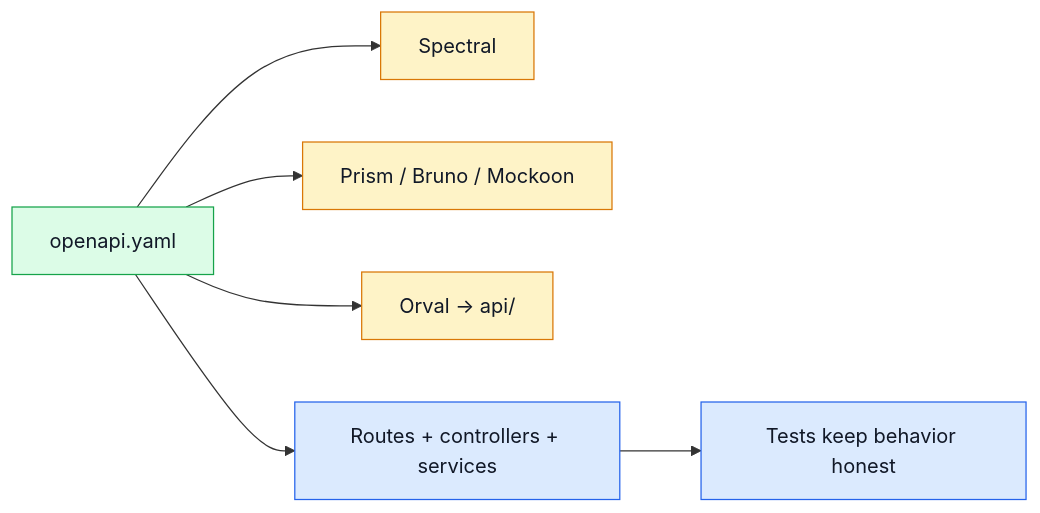
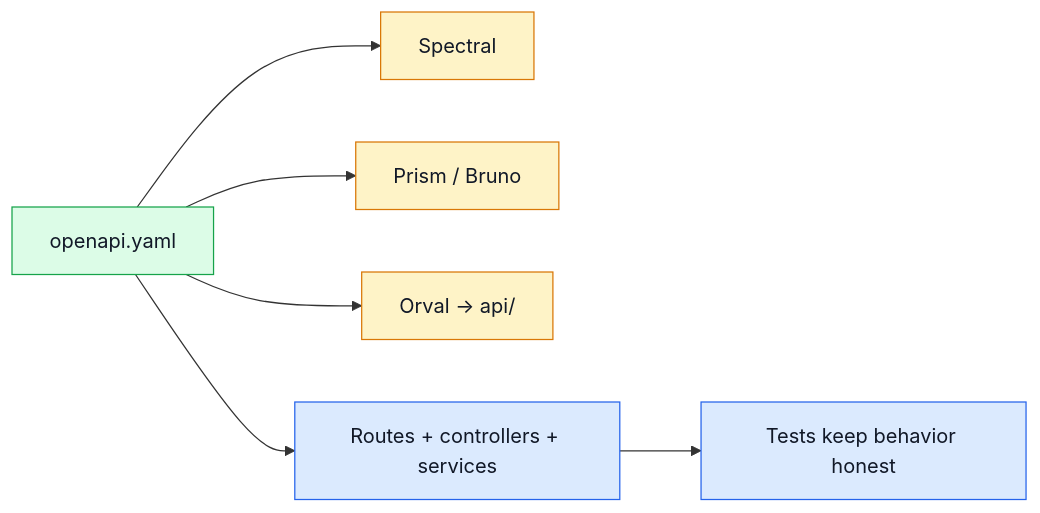
The diagram in docs/api/index.md (Guebbit/boilerplate-node-backend), drawn with Mermaid before and after one commit. The commit also changed 18 other files, not shown here.

````diff
--- a/docs/api/index.md
+++ b/docs/api/index.md
@@ -7,16 +7,16 @@
 ```mermaid
 %%{init: {'flowchart': {'nodeSpacing': 50, 'rankSpacing': 65}}}%%
 flowchart LR
     Spec[openapi.yaml] --> Lint[Spectral]
-    Spec --> Mock[Prism / Bruno / Mockoon]
+    Spec --> Mock[Prism / Bruno]
     Spec --> Types[Orval -> api/]
     Spec --> Impl[Routes + controllers + services]
     Impl --> Tests[Tests keep behavior honest]
 
     classDef contract fill:#dcfce7,stroke:#16a34a,color:#111827;
     classDef tooling fill:#fef3c7,stroke:#d97706,color:#111827;
     classDef app fill:#dbeafe,stroke:#2563eb,color:#111827;
     class Spec contract;
     class Lint,Mock,Types tooling;
     class Impl,Tests app;
 ```
````
